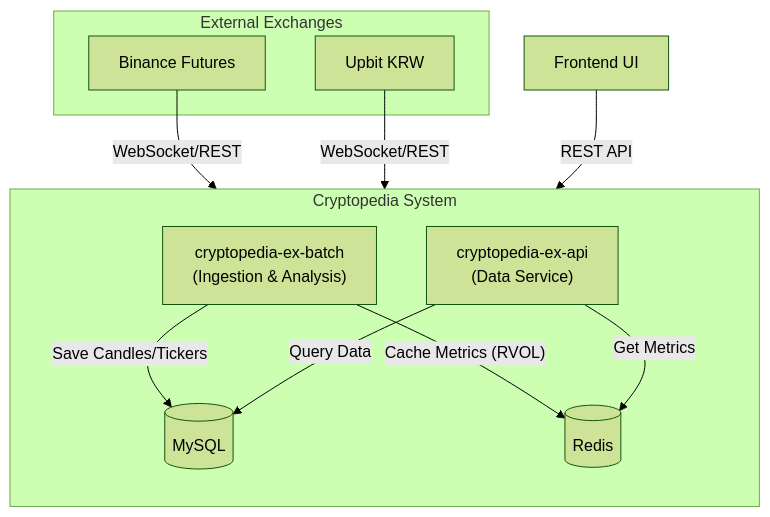
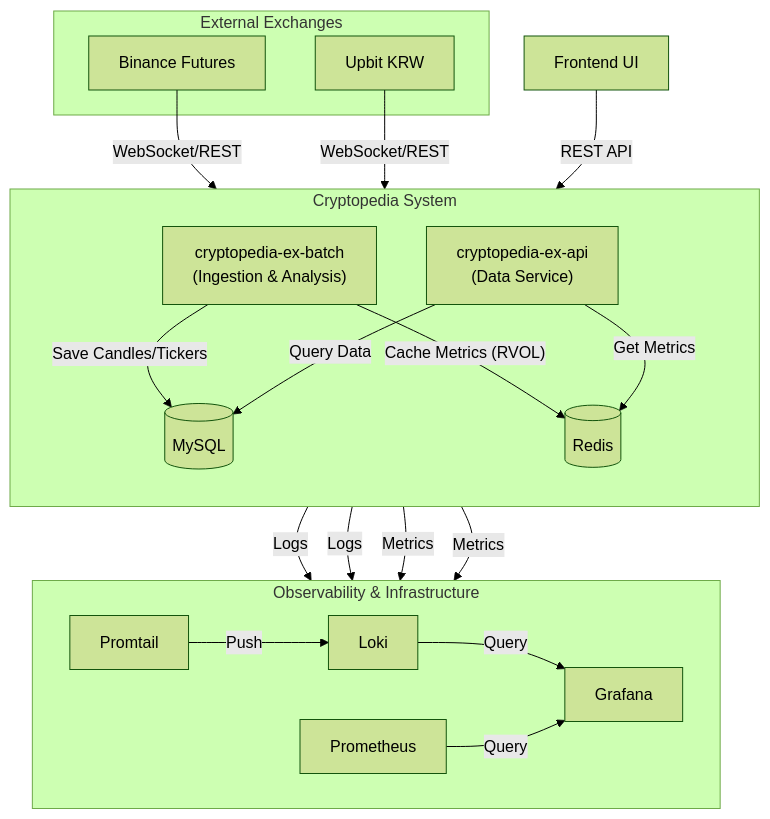
One commit to Miner-s-life/cryptopedia-server changed the diagram in README.md. Above: the diagram before and after it, drawn with Mermaid (forest theme).

Commit message:
chore: update project documentation

````diff
--- a/README.md
+++ b/README.md
@@ -7,26 +7,45 @@
 ```mermaid
 graph TD
     subgraph "External Exchanges"
         BN[Binance Futures]
         UP[Upbit KRW]
     end
 
     subgraph "Cryptopedia System"
         direction TB
         BATCH["cryptopedia-ex-batch<br/>(Ingestion & Analysis)"]
         API["cryptopedia-ex-api<br/>(Data Service)"]
         DB[(MySQL)]
         REDIS[(Redis)]
     end
 
+    subgraph "Observability & Infrastructure"
+        direction LR
+        PROMTAIL[Promtail]
+        LOKI[Loki]
+        PROM[Prometheus]
+        GRAFANA[Grafana]
+    end
+
     BN -- "WebSocket/REST" --> BATCH
     UP -- "WebSocket/REST" --> BATCH
     
     BATCH -- "Save Candles/Tickers" --> DB
     BATCH -- "Cache Metrics (RVOL)" --> REDIS
     
     API -- "Query Data" --> DB
     API -- "Get Metrics" --> REDIS
     
     UI[Frontend UI] -- "REST API" --> API
+
+    %% Observability Flow
+    BATCH -- "Logs" --> PROMTAIL
+    API -- "Logs" --> PROMTAIL
+    PROMTAIL -- "Push" --> LOKI
+    
+    BATCH -- "Metrics" --> PROM
+    API -- "Metrics" --> PROM
+    
+    LOKI -- "Query" --> GRAFANA
+    PROM -- "Query" --> GRAFANA
 ```
````
